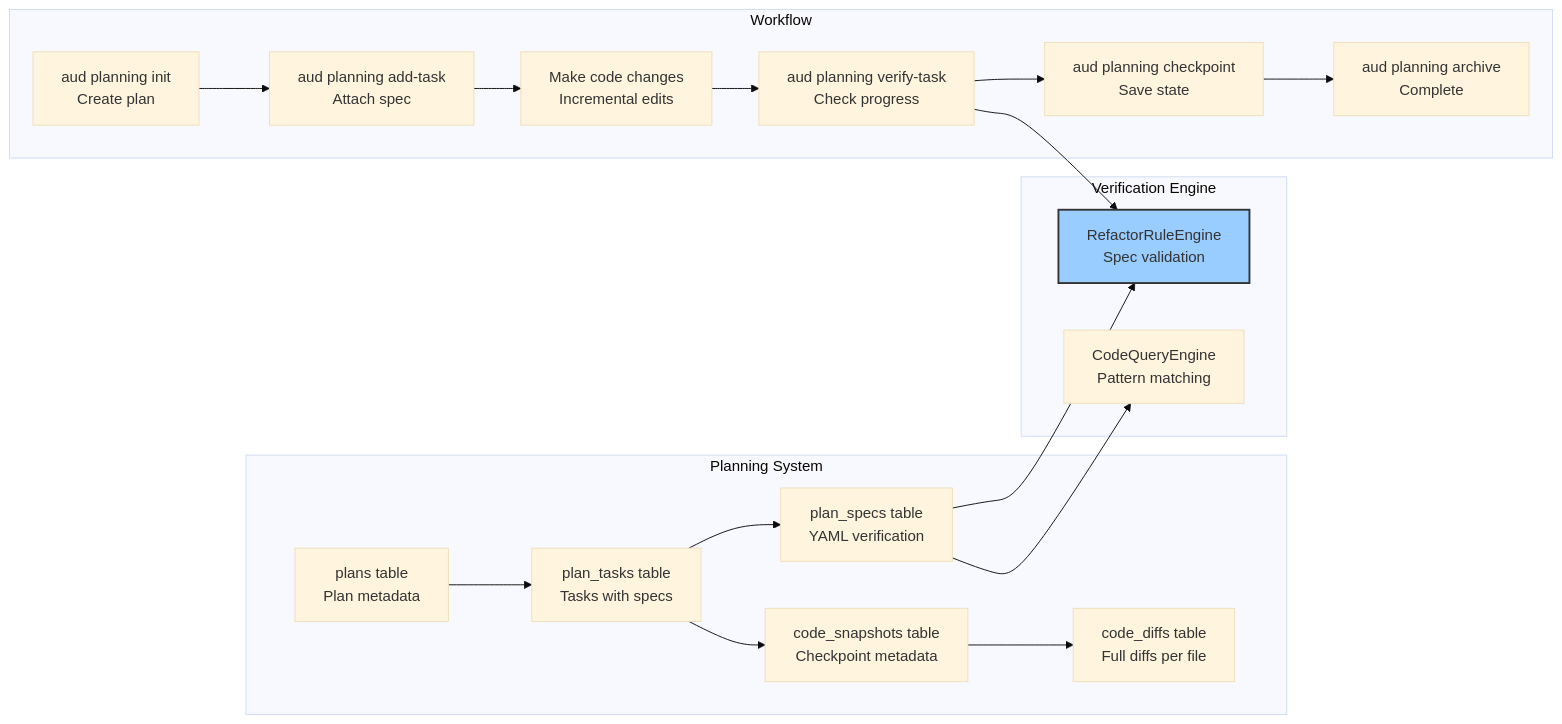
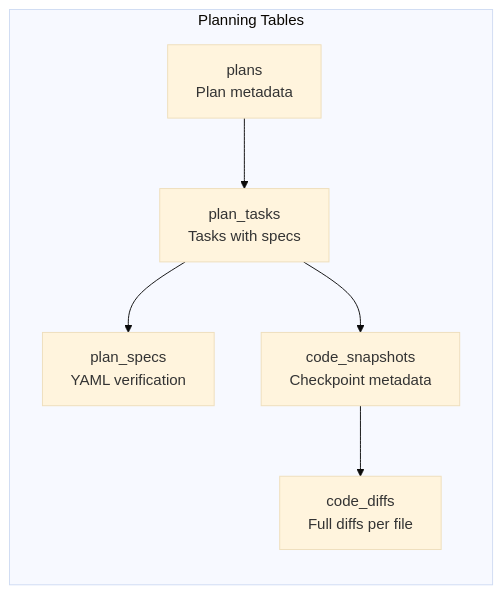
Before and after one commit to TheAuditorTool/Auditor: diagram 12 of 12 in Architecture.md, drawn with Mermaid (base theme). The commit also changed other lines of this file and 5 other files, not shown here.

````diff
--- a/Architecture.md
+++ b/Architecture.md
@@ -1118,36 +918,13 @@
 ```mermaid
 graph LR
-    subgraph "Planning System"
-        A1[plans table<br/>Plan metadata]
-        A2[plan_tasks table<br/>Tasks with specs]
-        A3[plan_specs table<br/>YAML verification]
-        A4[code_snapshots table<br/>Checkpoint metadata]
-        A5[code_diffs table<br/>Full diffs per file]
-    end
-
-    subgraph "Verification Engine"
-        B1[RefactorRuleEngine<br/>Spec validation]
-        B2[CodeQueryEngine<br/>Pattern matching]
-    end
-
-    subgraph "Workflow"
-        C1[aud planning init<br/>Create plan]
-        C2[aud planning add-task<br/>Attach spec]
-        C3[Make code changes<br/>Incremental edits]
-        C4[aud planning verify-task<br/>Check progress]
-        C5[aud planning checkpoint<br/>Save state]
-        C6[aud planning archive<br/>Complete]
+    subgraph "Planning Tables"
+        A1[plans<br/>Plan metadata]
+        A2[plan_tasks<br/>Tasks with specs]
+        A3[plan_specs<br/>YAML verification]
+        A4[code_snapshots<br/>Checkpoint metadata]
+        A5[code_diffs<br/>Full diffs per file]
     end
 
     A1 --> A2 --> A3
     A2 --> A4 --> A5
-
-    A3 --> B1
-    A3 --> B2
-
-    C1 --> C2 --> C3 --> C4 --> C5 --> C6
-
-    C4 --> B1
-
-    style B1 fill:#9cf,stroke:#333,stroke-width:2px
 ```
````
